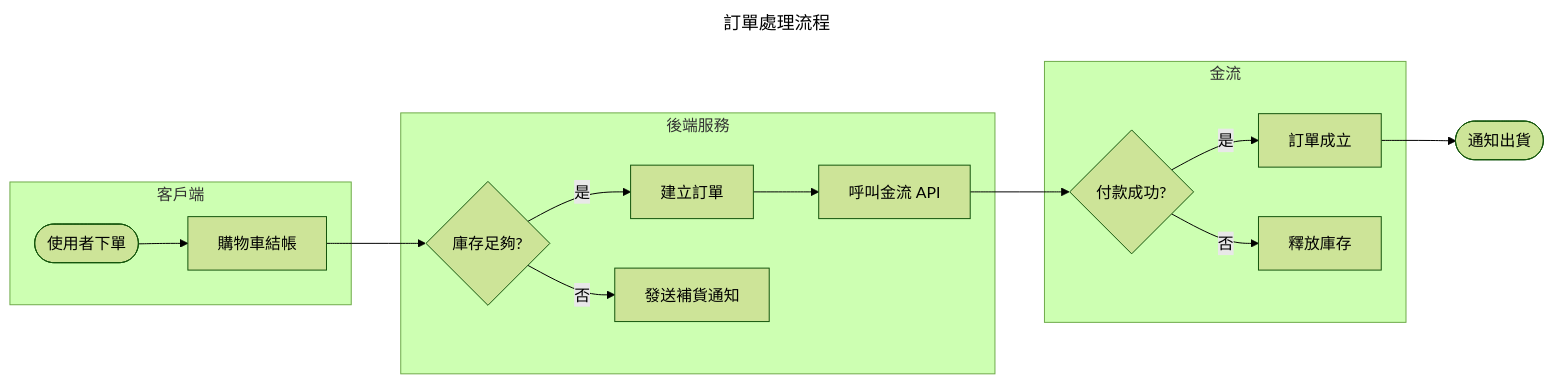
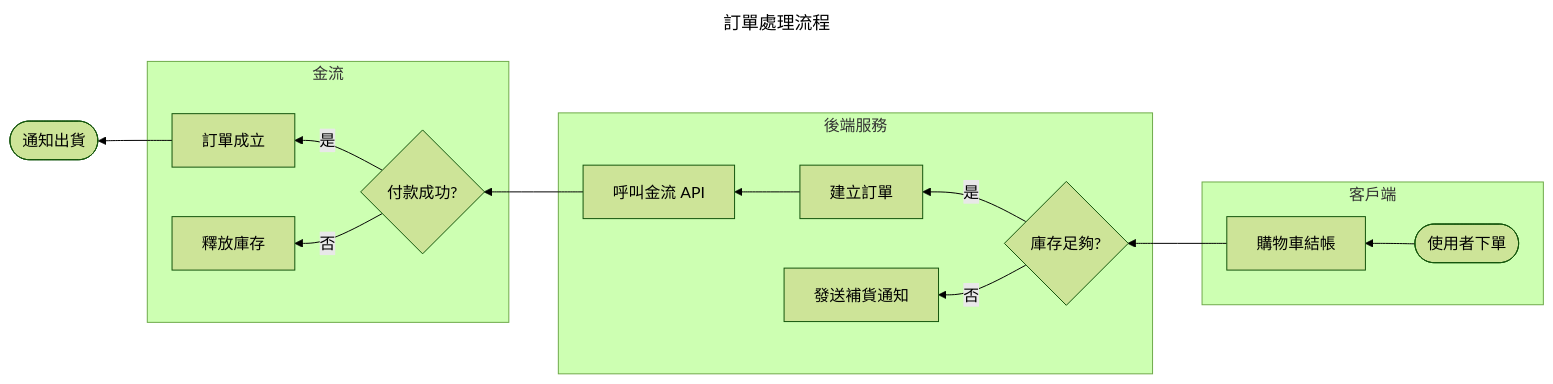
The first of 9 diagrams in examples/demo.md (markku636/vs-code-extension-super-mermaid), drawn with Mermaid (forest theme) before and after one commit. The commit also changed 1 other file, not shown here.

Commit message:
chore: release 0.8.23 — editable ER/class content

````diff
--- a/examples/demo.md
+++ b/examples/demo.md
@@ -9,26 +9,31 @@
 ```mermaid
 ---
 title: 訂單處理流程
 ---
-flowchart LR
-    subgraph Client["客戶端"]
-        A([使用者下單]) --> B[購物車結帳]
+flowchart RL
+    J([通知出貨])
+    subgraph Client [客戶端]
+        B[購物車結帳]
+        A([使用者下單])
     end
-    subgraph Backend["後端服務"]
+    subgraph Backend [後端服務]
         C{庫存足夠?}
         D[建立訂單]
         E[發送補貨通知]
         F[呼叫金流 API]
     end
-    subgraph Payment["金流"]
+    subgraph Payment [金流]
         G{付款成功?}
         H[訂單成立]
         I[釋放庫存]
     end
+    A --> B
     B --> C
-    C -- 是 --> D --> F --> G
-    C -- 否 --> E
-    G -- 是 --> H
-    G -- 否 --> I
-    H --> J([通知出貨])
+    C -->|是| D
+    D --> F
+    F --> G
+    C -->|否| E
+    G -->|是| H
+    G -->|否| I
+    H --> J
 ```
````
